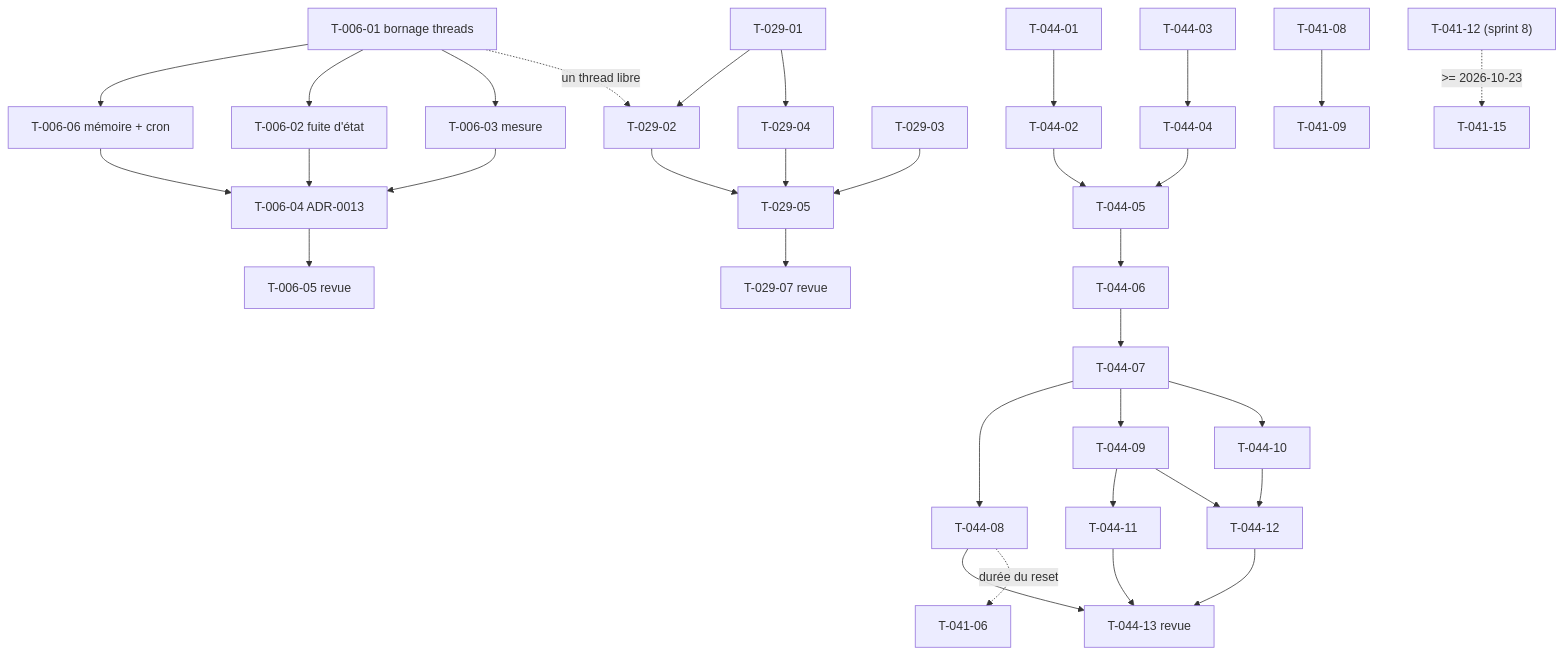
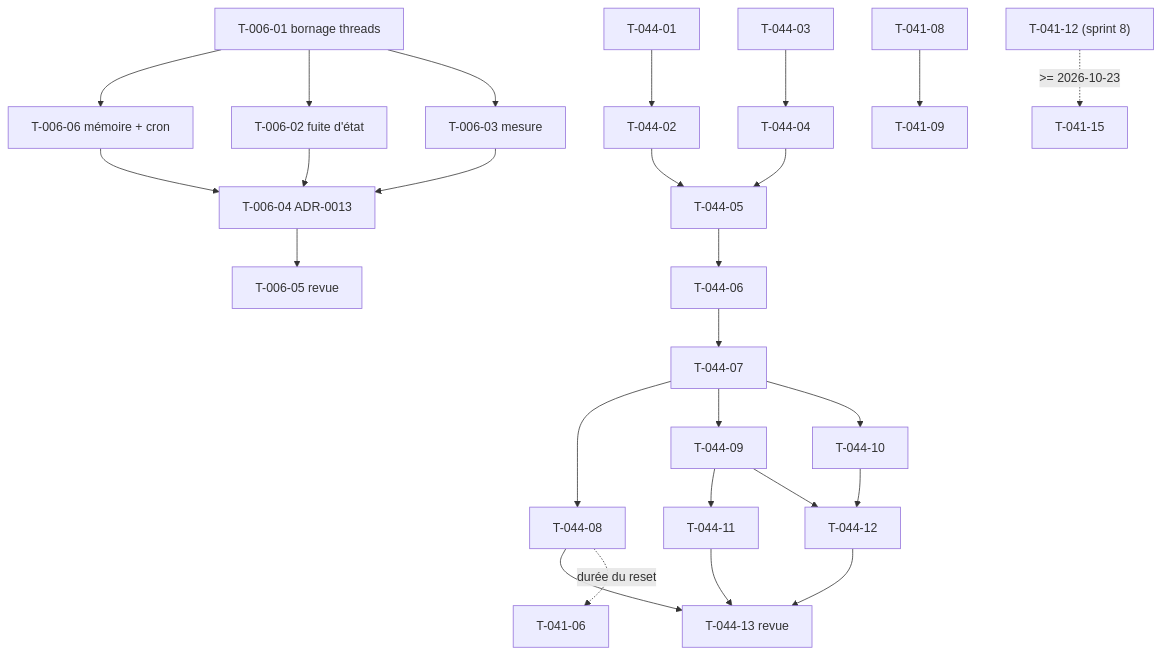
The second of 2 diagrams in project-management/sprints/sprint-9-reports/sprint-dependencies.md (thibmonier/sylius-b2b-demo), drawn with Mermaid before and after one commit. The commit also changed other lines of this file and 2 other files, not shown here.

Commit message:
docs(sprint-9): fix the sprint gate findings (goal figures, dependencies, US-006 scenarios)
Claude-Session: https://claude.ai/code/session_01SS9937vfEivbNrMGg6UQL6

````diff
--- a/project-management/sprints/sprint-9-reports/sprint-dependencies.md
+++ b/project-management/sprints/sprint-9-reports/sprint-dependencies.md
@@ -28,32 +24,25 @@
 ```mermaid
 graph TD
     T00601["T-006-01 bornage threads"] --> T00606["T-006-06 mémoire + cron"]
     T00601 --> T00602["T-006-02 fuite d'état"]
     T00601 --> T00603["T-006-03 mesure"]
     T00602 --> T00604["T-006-04 ADR-0013"]
     T00603 --> T00604
     T00606 --> T00604
     T00604 --> T00605["T-006-05 revue"]
-    T02901["T-029-01"] --> T02902["T-029-02"]
-    T02901 --> T02904["T-029-04"]
-    T02902 --> T02905["T-029-05"]
-    T02903["T-029-03"] --> T02905
-    T02904 --> T02905
-    T02905 --> T02907["T-029-07 revue"]
-    T00601 -.->|"un thread libre"| T02902
     T04401["T-044-01"] --> T04402["T-044-02"] --> T04405["T-044-05"]
     T04403["T-044-03"] --> T04404["T-044-04"] --> T04405
     T04405 --> T04406["T-044-06"] --> T04407["T-044-07"]
     T04407 --> T04408["T-044-08"]
     T04407 --> T04409["T-044-09"]
     T04407 --> T04410["T-044-10"]
     T04409 --> T04411["T-044-11"]
     T04409 --> T04412["T-044-12"]
     T04410 --> T04412
     T04408 --> T04413["T-044-13 revue"]
     T04411 --> T04413
     T04412 --> T04413
     T04408 -.->|"durée du reset"| T04106["T-041-06"]
     T04108["T-041-08"] --> T04109["T-041-09"]
     T04112["T-041-12 (sprint 8)"] -.->|">= 2026-10-23"| T04115["T-041-15"]
 ```
````
